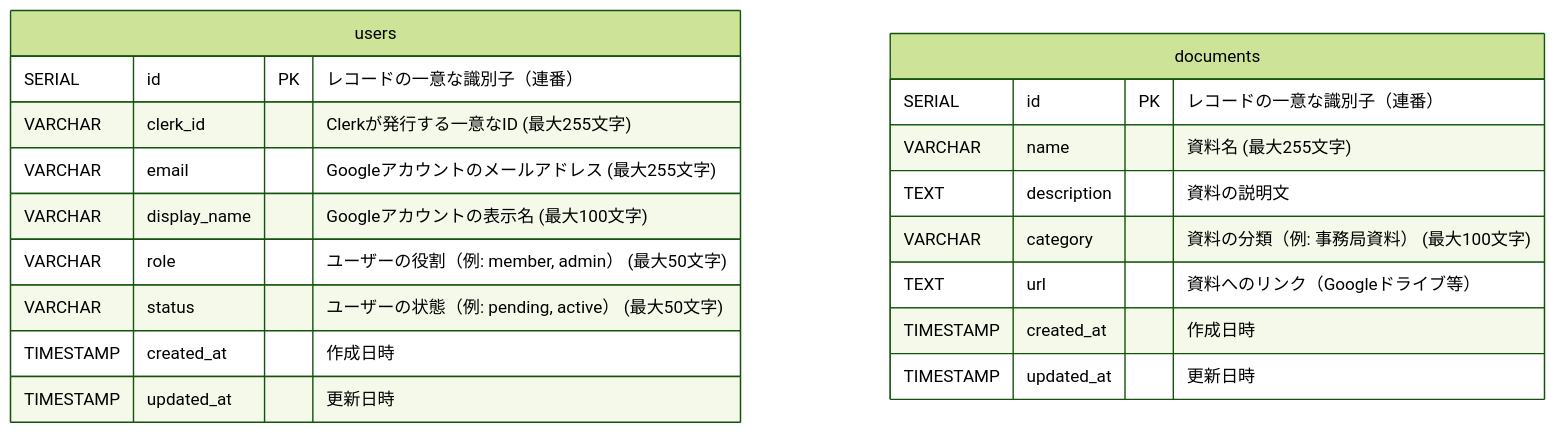
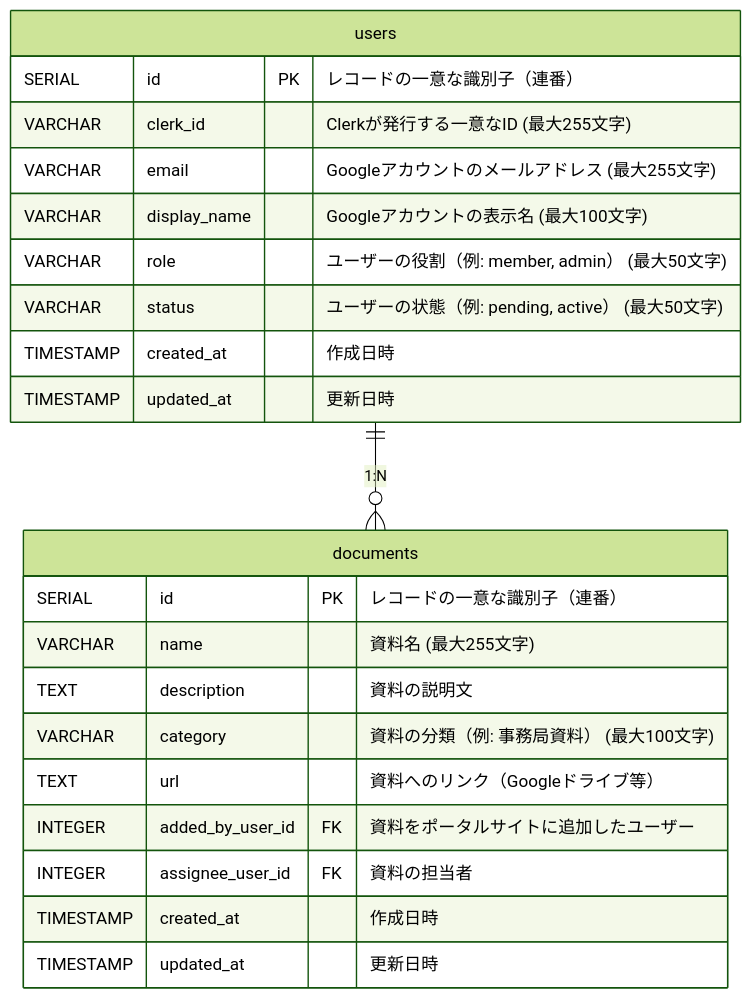
Before and after one commit to Singuralitylabs/portal-site: the diagram in docs/database.md, drawn with Mermaid (forest theme). The commit also changed other lines of this file, not shown here.

````diff
--- a/docs/database.md
+++ b/docs/database.md
@@ -51,23 +51,27 @@
 ```mermaid
 erDiagram
     users {
         SERIAL id PK "レコードの一意な識別子（連番）"
         VARCHAR clerk_id "Clerkが発行する一意なID (最大255文字)"
         VARCHAR email "Googleアカウントのメールアドレス (最大255文字)"
         VARCHAR display_name "Googleアカウントの表示名 (最大100文字)"
         VARCHAR role "ユーザーの役割（例: member, admin） (最大50文字)"
         VARCHAR status "ユーザーの状態（例: pending, active） (最大50文字)"
         TIMESTAMP created_at "作成日時"
         TIMESTAMP updated_at "更新日時"
     }
 
     documents {
         SERIAL id PK "レコードの一意な識別子（連番）"
         VARCHAR name "資料名 (最大255文字)"
         TEXT description "資料の説明文"
         VARCHAR category "資料の分類（例: 事務局資料） (最大100文字)"
         TEXT url "資料へのリンク（Googleドライブ等）"
+        INTEGER added_by_user_id FK "資料をポータルサイトに追加したユーザー"
+        INTEGER assignee_user_id FK "資料の担当者"
         TIMESTAMP created_at "作成日時"
         TIMESTAMP updated_at "更新日時"
     }
+
+    users ||--o{ documents : "1:N"
 ```
````
